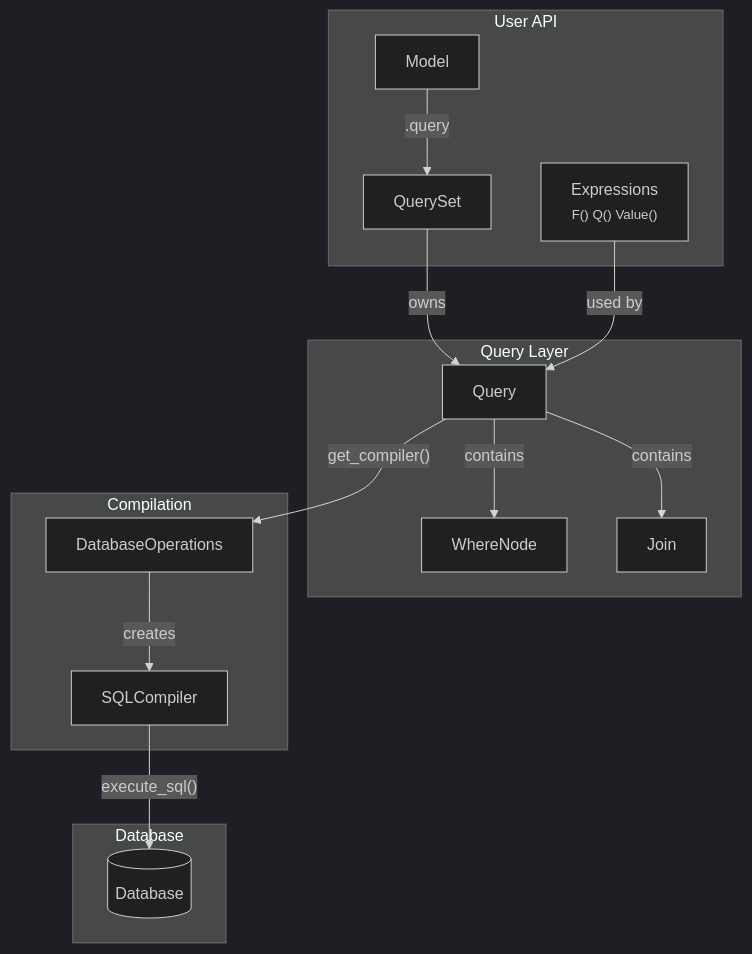
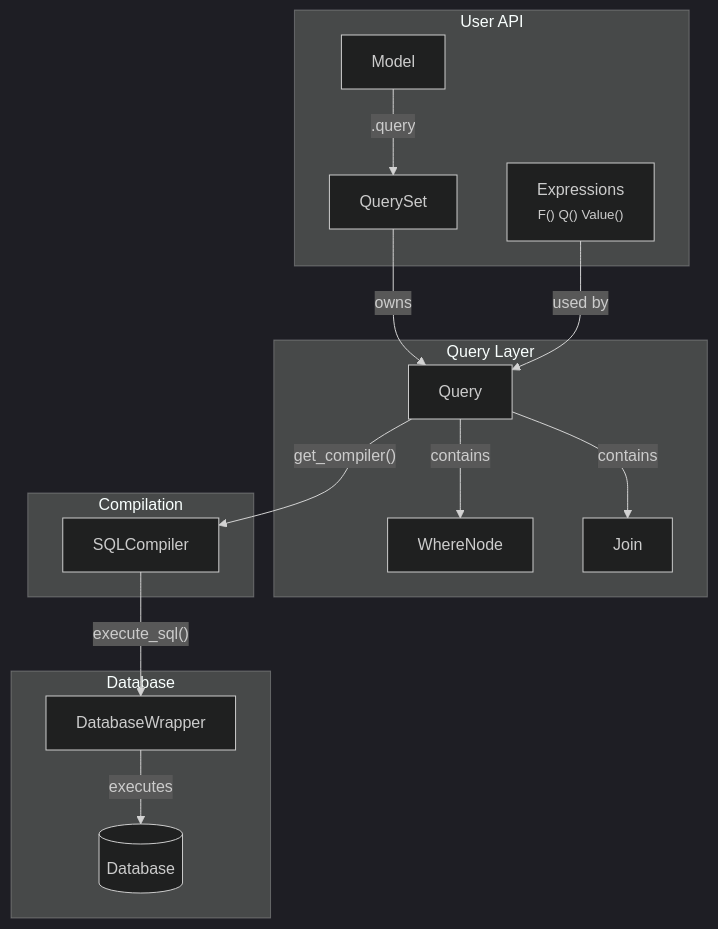
One commit to dropseed/plain changed the diagram in plain-models/plain/models/README.md. Above: the diagram before and after it, drawn with Mermaid (dark theme). The commit also changed other lines of this file and 20 other files, not shown here.

First line of the commit message:
Remove DatabaseOperations class and flatten to module-level functions

````diff
--- a/plain-models/plain/models/README.md
+++ b/plain-models/plain/models/README.md
@@ -552,32 +552,32 @@
 ```mermaid
 graph TB
     subgraph "User API"
         Model["Model"]
         QS["QuerySet"]
         Expr["Expressions<br/><small>F() Q() Value()</small>"]
     end
 
     subgraph "Query Layer"
         Query["Query"]
         Where["WhereNode"]
         Join["Join"]
     end
 
     subgraph "Compilation"
-        Ops["DatabaseOperations"]
         Compiler["SQLCompiler"]
     end
 
     subgraph "Database"
+        Connection["DatabaseWrapper"]
         DB[(Database)]
     end
 
     Model -- ".query" --> QS
     QS -- "owns" --> Query
     Expr -- "used by" --> Query
     Query -- "contains" --> Where
     Query -- "contains" --> Join
-    Query -- "get_compiler()" --> Ops
-    Ops -- "creates" --> Compiler
-    Compiler -- "execute_sql()" --> DB
+    Query -- "get_compiler()" --> Compiler
+    Compiler -- "execute_sql()" --> Connection
+    Connection -- "executes" --> DB
 ```
````
